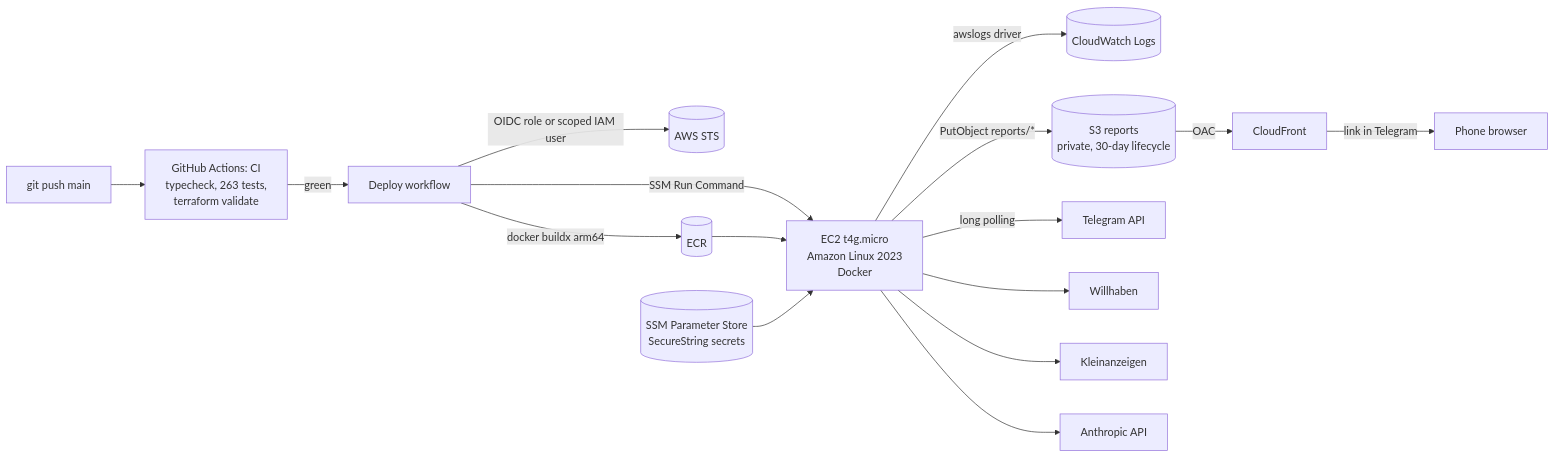
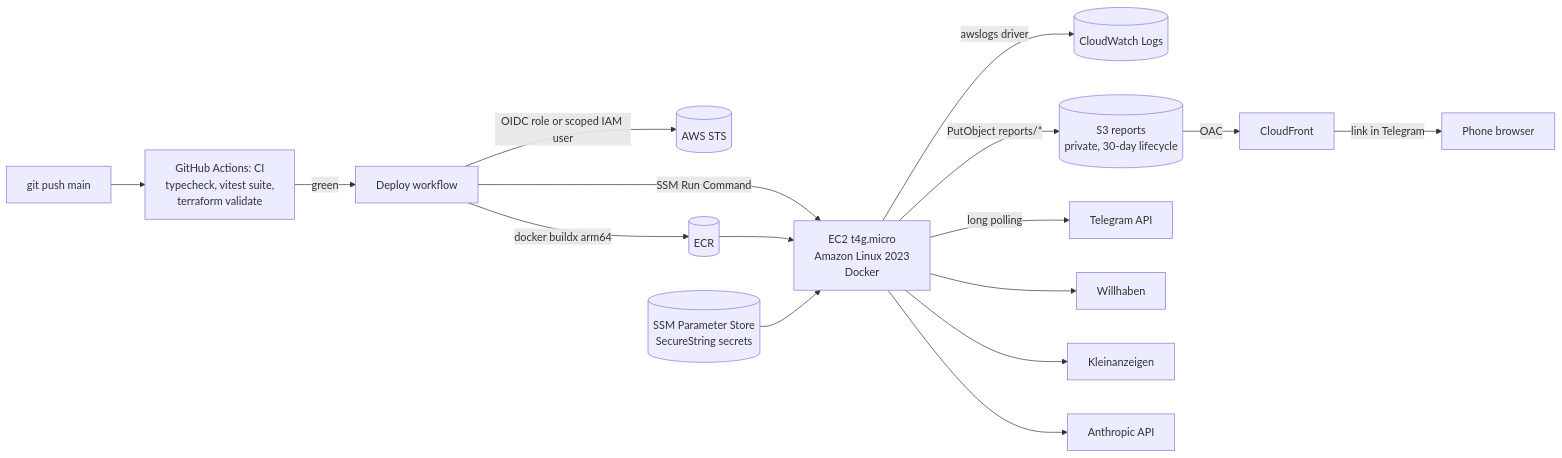
The diagram in docs/aws.md (IvanSytnik/dealradar), drawn with Mermaid before and after one commit. The commit also changed 1 other file, not shown here.

Commit message:
docs: drop the hardcoded test count from README and aws.md

````diff
--- a/docs/aws.md
+++ b/docs/aws.md
@@ -6,17 +6,17 @@
 ```mermaid
 flowchart LR
-  dev[git push main] --> ci[GitHub Actions: CI<br/>typecheck, 263 tests,<br/>terraform validate]
+  dev[git push main] --> ci[GitHub Actions: CI<br/>typecheck, vitest suite,<br/>terraform validate]
   ci -->|green| cd[Deploy workflow]
   cd -->|OIDC role or scoped IAM user| sts[(AWS STS)]
   cd -->|docker buildx arm64| ecr[(ECR)]
   cd -->|SSM Run Command| ec2[EC2 t4g.micro<br/>Amazon Linux 2023<br/>Docker]
   ecr --> ec2
   ssm[(SSM Parameter Store<br/>SecureString secrets)] --> ec2
   ec2 -->|awslogs driver| cw[(CloudWatch Logs)]
   ec2 -->|PutObject reports/*| s3[(S3 reports<br/>private, 30-day lifecycle)]
   s3 -->|OAC| cf[CloudFront] -->|link in Telegram| user[Phone browser]
   ec2 -->|long polling| tg[Telegram API]
   ec2 --> wh[Willhaben]
   ec2 --> ka[Kleinanzeigen]
   ec2 --> ai[Anthropic API]
 ```
````
